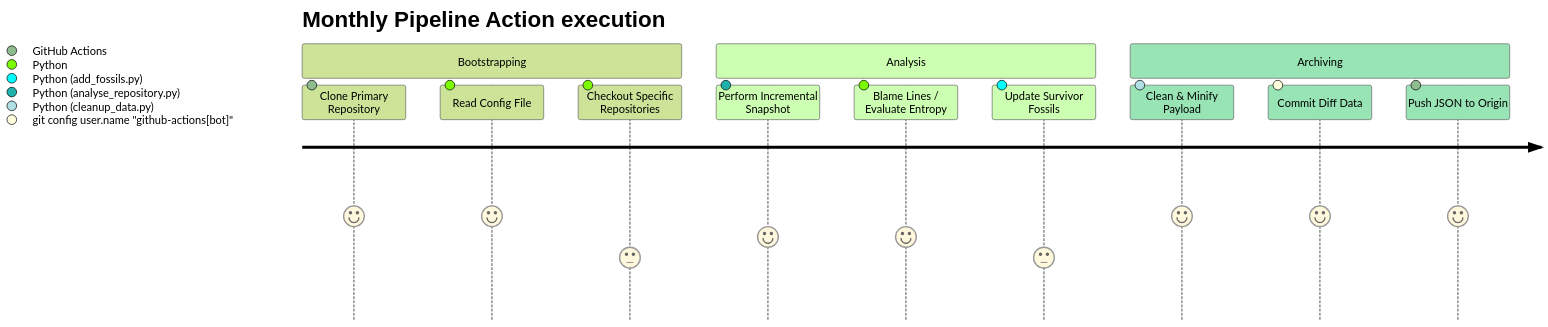
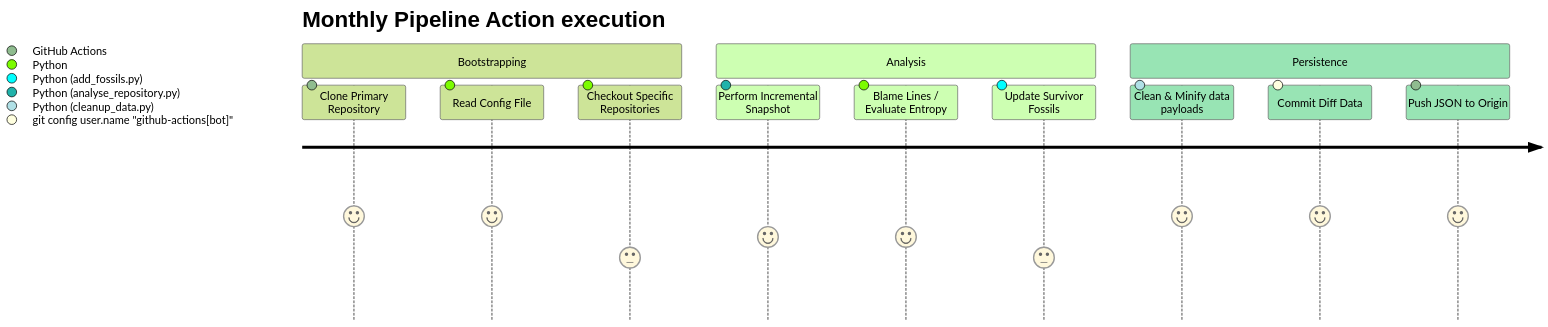
The diagram in docs/DEVOPS.md (Asifdotexe/Theseus), drawn with Mermaid (forest theme) before and after one commit. The commit also changed 1 other file, not shown here.

Commit message:
#21 update the docs to reflect persistence

````diff
--- a/docs/DEVOPS.md
+++ b/docs/DEVOPS.md
@@ -9,16 +9,16 @@
 ```mermaid
 journey
     title Monthly Pipeline Action execution
     section Bootstrapping
       Clone Primary Repository: 5: GitHub Actions
       Read Config File: 5: Python
       Checkout Specific Repositories: 3: Python
     section Analysis
       Perform Incremental Snapshot: 4: Python (analyse_repository.py)
       Blame Lines / Evaluate Entropy: 4: Python
       Update Survivor Fossils: 3: Python (add_fossils.py)
-    section Archiving
-      Clean & Minify Payload: 5: Python (cleanup_data.py)
+    section Persistence
+      Clean & Minify data payloads: 5: Python (cleanup_data.py)
       Commit Diff Data: 5: git config user.name "github-actions[bot]"
       Push JSON to Origin: 5: GitHub Actions
 ```
````
